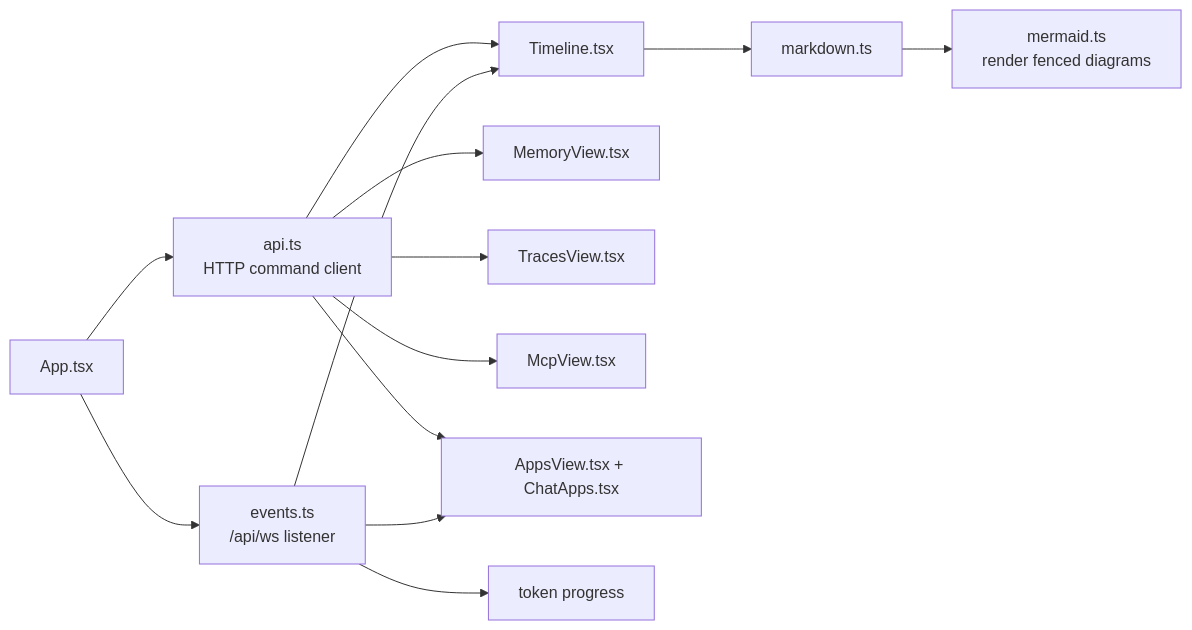
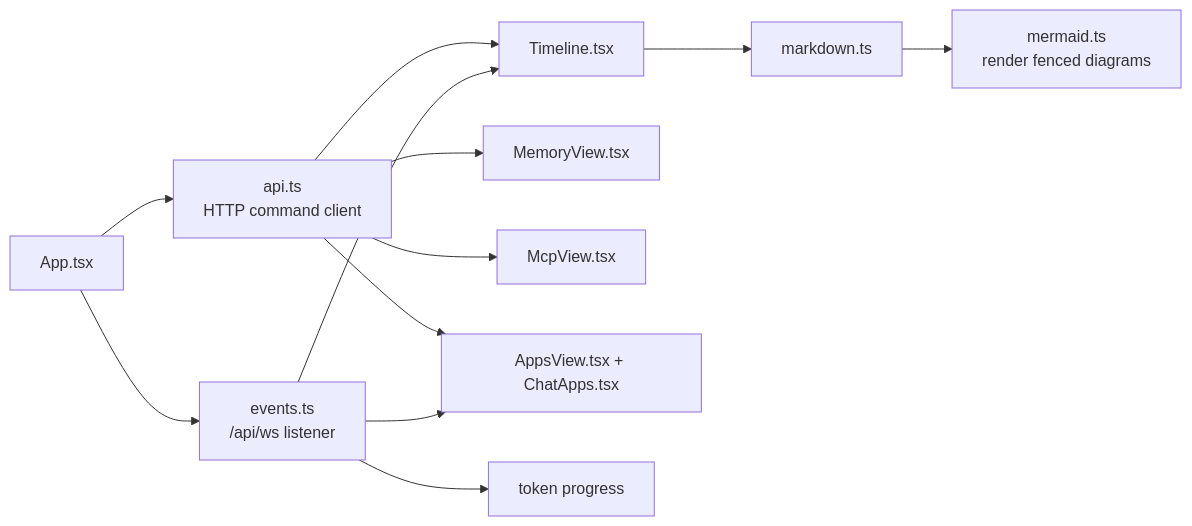
Diagram 16 of 22 in docs/harness-walkthrough.md (pcarrier/moo), drawn with Mermaid before and after one commit. The commit also changed other lines of this file and 86 other files, not shown here.

````diff
--- a/docs/harness-walkthrough.md
+++ b/docs/harness-walkthrough.md
@@ -486,15 +485,14 @@
 ```mermaid
 flowchart LR
   App[App.tsx] --> API[api.ts<br/>HTTP command client]
   App --> Events[events.ts<br/>/api/ws listener]
   API --> Timeline[Timeline.tsx]
   API --> Memory[MemoryView.tsx]
-  API --> Traces[TracesView.tsx]
   API --> MCP[McpView.tsx]
   API --> Apps[AppsView.tsx + ChatApps.tsx]
   Events --> Timeline
   Events --> Token[token progress]
   Events --> Apps
   Timeline --> Markdown[markdown.ts]
   Markdown --> Mermaid[mermaid.ts<br/>render fenced diagrams]
 ```
````
